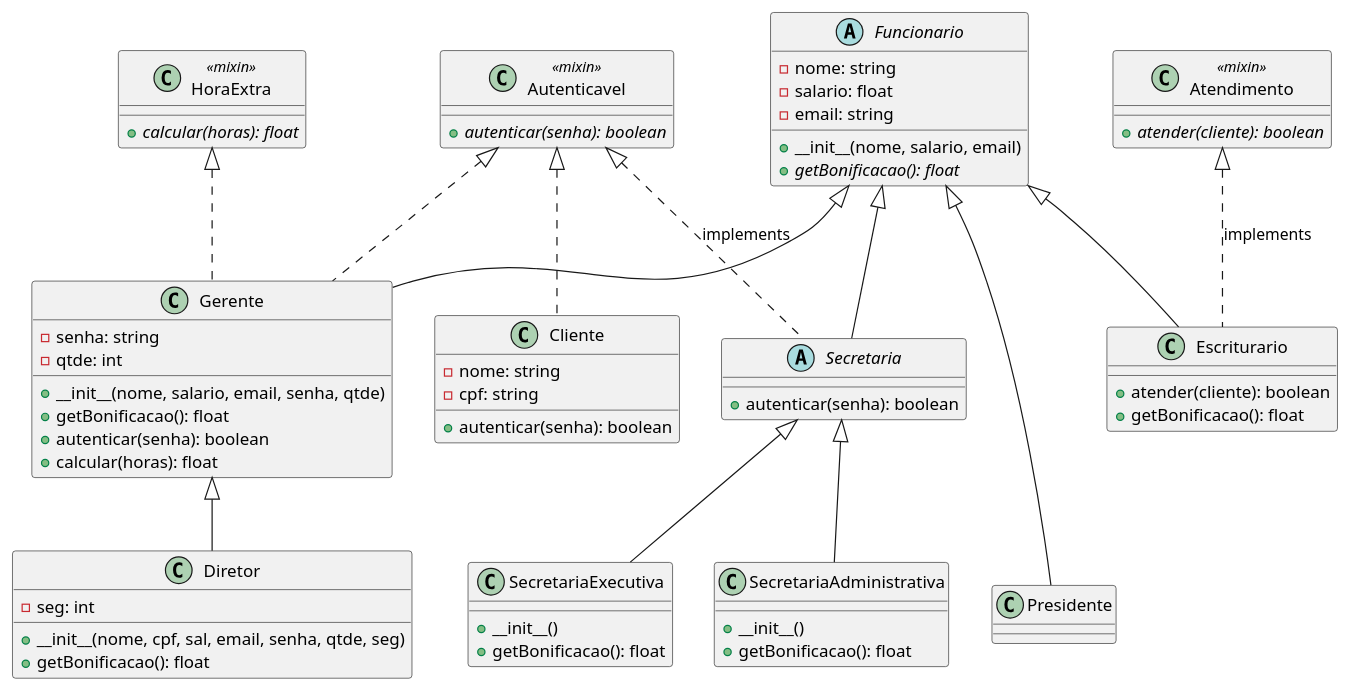
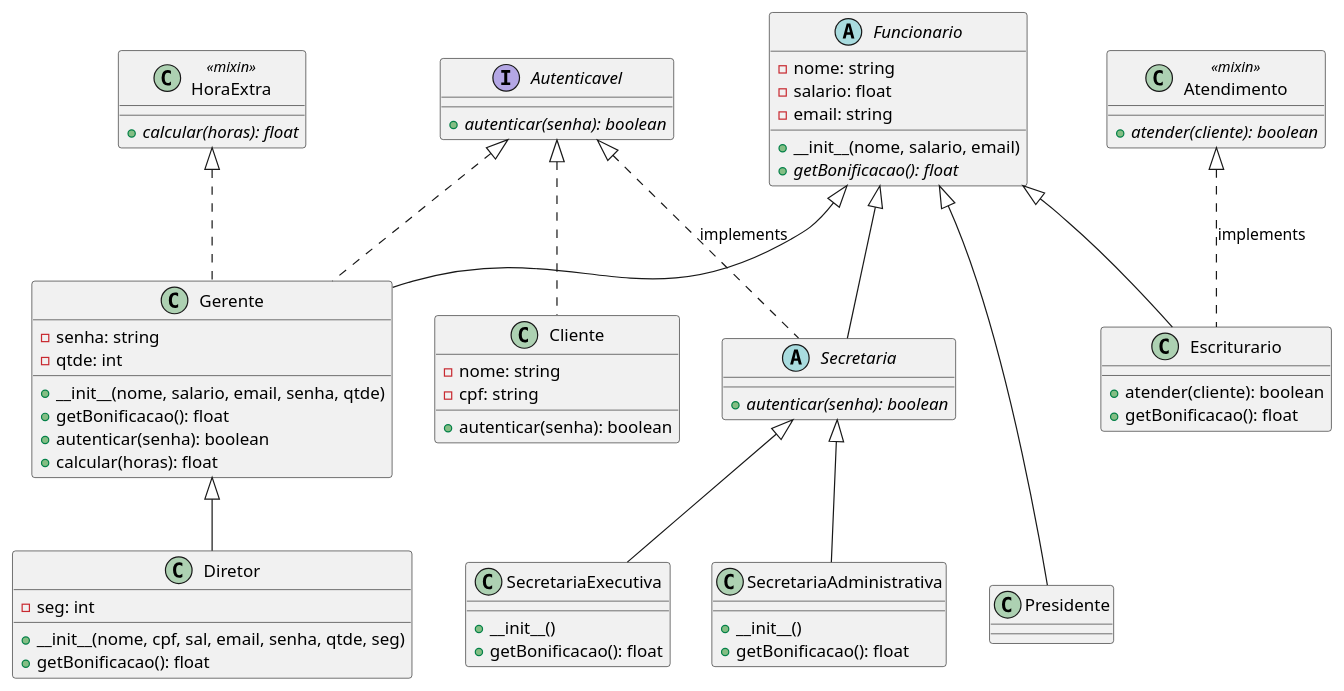
The diagram in objetos_interfaces/diagrama_classes.puml (juniorlimeiras/lp2-2023), drawn with PlantUML before and after one commit. The commit also changed 8 other files, not shown here.

```diff
--- a/objetos_interfaces/diagrama_classes.puml
+++ b/objetos_interfaces/diagrama_classes.puml
@@ -1,69 +1,69 @@
 @startuml
 'https://plantuml.com/class-diagram
 
 abstract class Funcionario {
     - nome: string
     - salario: float
     - email: string
     + __init__(nome, salario, email)
     + {abstract} getBonificacao(): float
 }
 
 class Gerente implements Autenticavel, HoraExtra{
     - senha: string
     - qtde: int
     + __init__(nome, salario, email, senha, qtde)
     + getBonificacao(): float
     + autenticar(senha): boolean
     + calcular(horas): float
 }
 
 class Diretor {
     - seg: int
     + __init__(nome, cpf, sal, email, senha, qtde, seg)
     + getBonificacao(): float
 }
 
 abstract class Secretaria{
-    + autenticar(senha): boolean
+    + {abstract} autenticar(senha): boolean
 }
 
 class SecretariaExecutiva{
     + __init__()
     + getBonificacao(): float
 }
 
 class SecretariaAdministrativa {
     + __init__()
     + getBonificacao(): float
 }
 class Cliente implements Autenticavel{
     - nome: string
     - cpf: string
     + autenticar(senha): boolean
 }
 
 class Escriturario extends Funcionario{
     + atender(cliente): boolean
     + getBonificacao(): float
 }
-class Autenticavel <<mixin>>{
+interface Autenticavel{
     + {abstract} autenticar(senha): boolean
 }
 class HoraExtra <<mixin>>{
     + {abstract} calcular(horas): float
 }
 class Atendimento <<mixin>>{
     + {abstract} atender(cliente): boolean
 }
 
 Funcionario <|--- Presidente
 Funcionario <|-- Gerente
 Gerente <|-- Diretor
 Funcionario <|-- Secretaria
 Secretaria <|-- SecretariaExecutiva
 Secretaria <|-- SecretariaAdministrativa
 Autenticavel <|.. Secretaria : implements
 Atendimento <|.. Escriturario : implements
 
 @enduml
```
